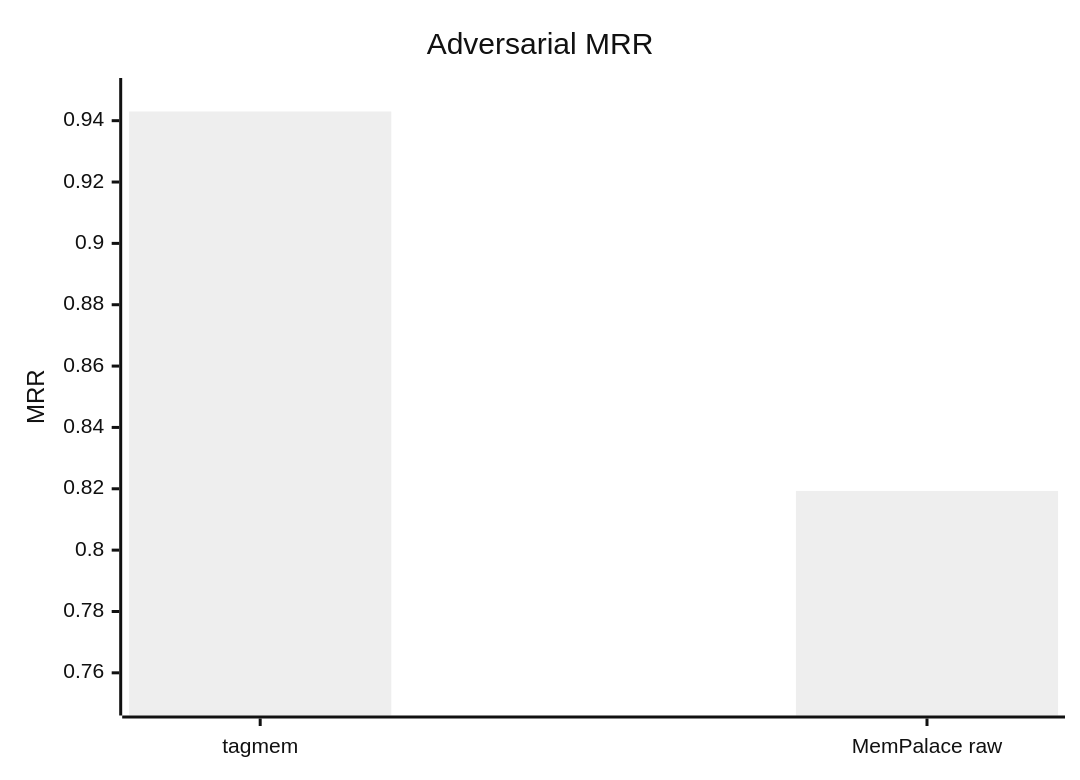
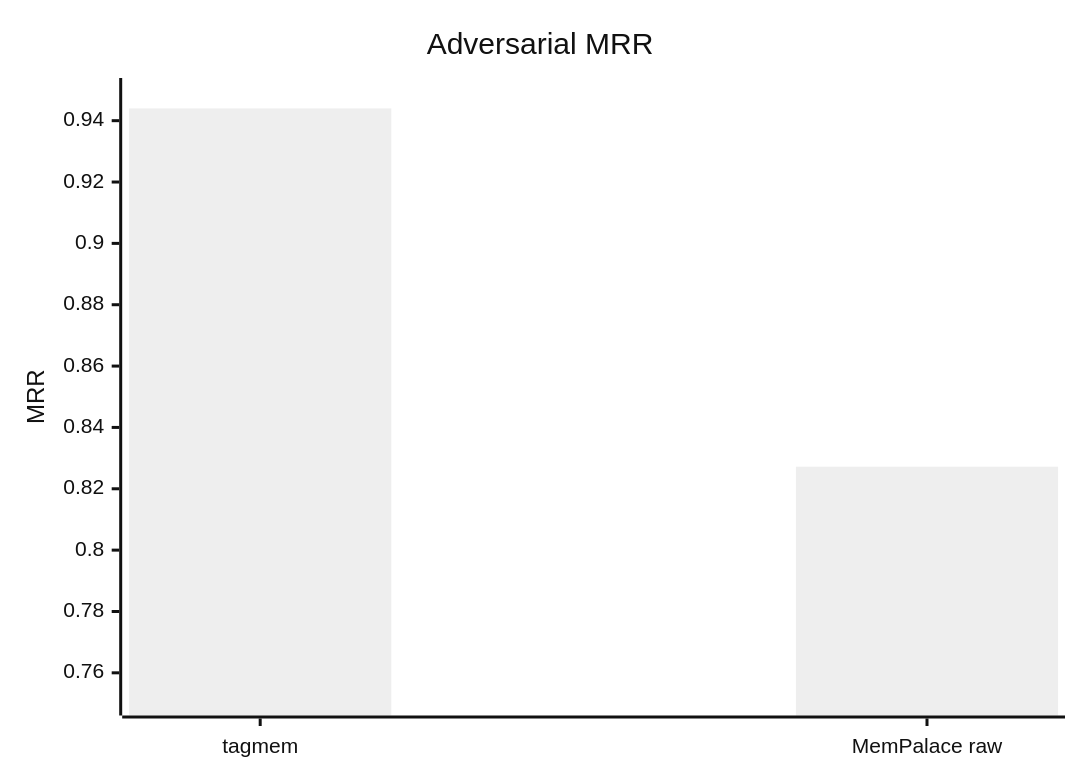
The ninth of 9 diagrams in benchmarks/CHARTS.md (codysnider/tagmem), drawn with Mermaid (neutral theme) before and after one commit. The commit also changed other lines of this file and 5 other files, not shown here.

````diff
--- a/benchmarks/CHARTS.md
+++ b/benchmarks/CHARTS.md
@@ -96,7 +96,7 @@
 ```mermaid
 xychart-beta
     title "Adversarial MRR"
     x-axis ["tagmem", "MemPalace raw"]
     y-axis "MRR" 0.75 --> 0.95
-    bar [0.9430, 0.8193]
+    bar [0.9440, 0.8272]
 ```
````
